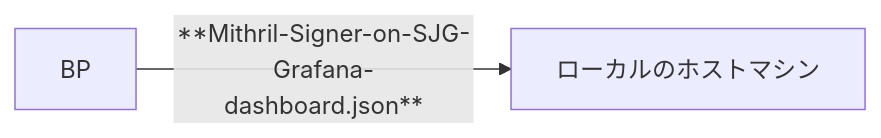
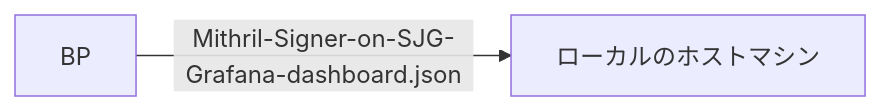
The diagram in docs/cardano/operation/mithril-signer-node-setup-and-updates.md (btbf/spojapanguild), drawn with Mermaid before and after one commit. The commit also changed other lines of this file and 61 other files, not shown here.

````diff
--- a/docs/cardano/operation/mithril-signer-node-setup-and-updates.md
+++ b/docs/cardano/operation/mithril-signer-node-setup-and-updates.md
@@ -439,4 +439,4 @@
     ```mermaid
     graph LR
-        A[BP] -->|**Mithril-Signer-on-SJG-Grafana-dashboard.json**| B[ローカルのホストマシン];
+        A[BP] -->|Mithril-Signer-on-SJG-Grafana-dashboard.json| B[ローカルのホストマシン];
     ``` 
````
